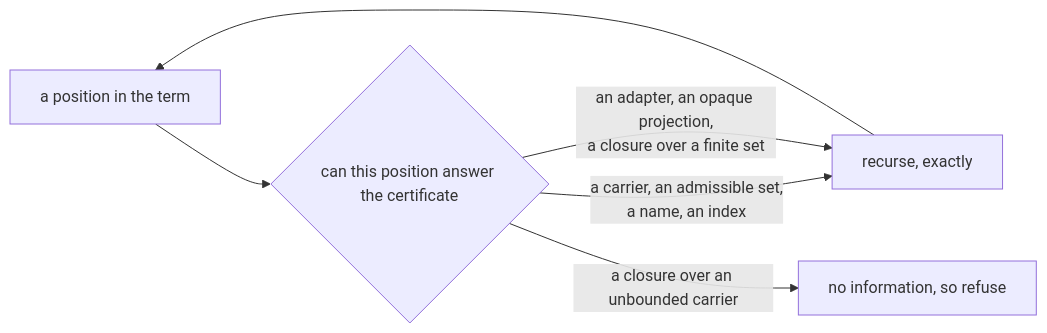
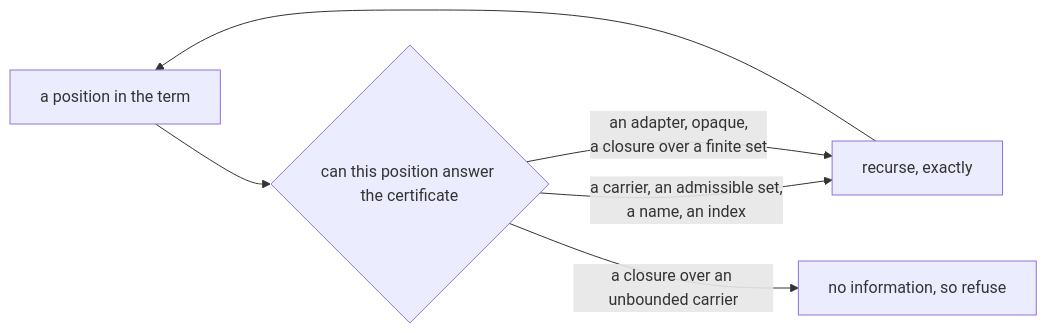
Before and after one commit to josher8a/rotorise: the second of 3 diagrams in docs/architecture-v2.md, drawn with Mermaid. The commit also changed other lines of this file and 5 other files, not shown here.

````diff
--- a/docs/architecture-v2.md
+++ b/docs/architecture-v2.md
@@ -183,8 +183,8 @@
 ```mermaid
 flowchart LR
   POS["a position in the term"] --> Q{"can this position answer the certificate"}
   Q -- "a carrier, an admissible set,<br/>a name, an index" --> EX["recurse, exactly"]
-  Q -- "an adapter, an opaque projection,<br/>a closure over a finite set" --> EX
+  Q -- "an adapter, opaque,<br/>a closure over a finite set" --> EX
   Q -- "a closure over an unbounded carrier" --> TOP["no information, so refuse"]
   EX --> POS
 ```
````
